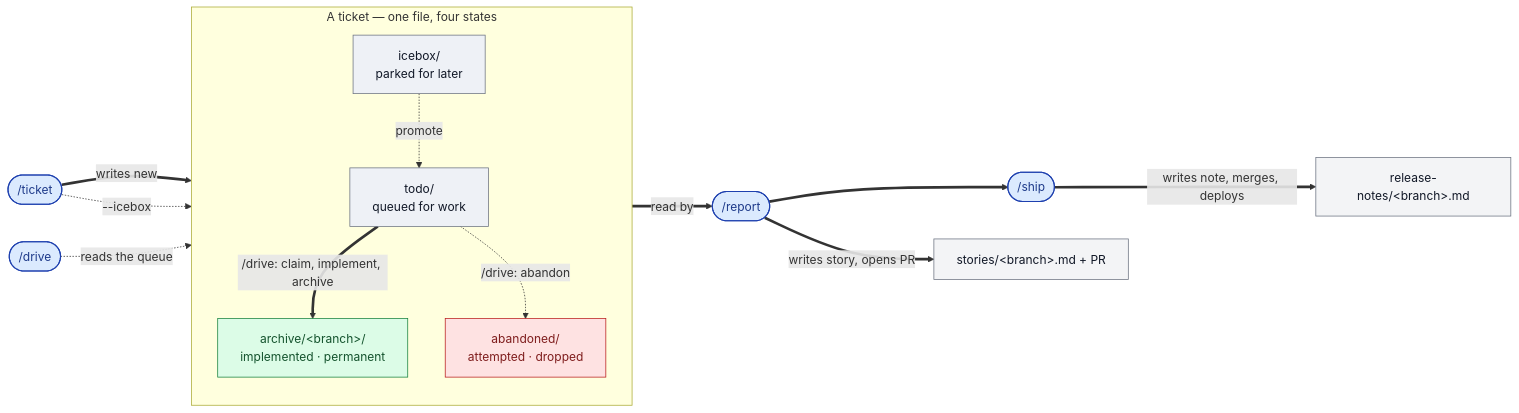
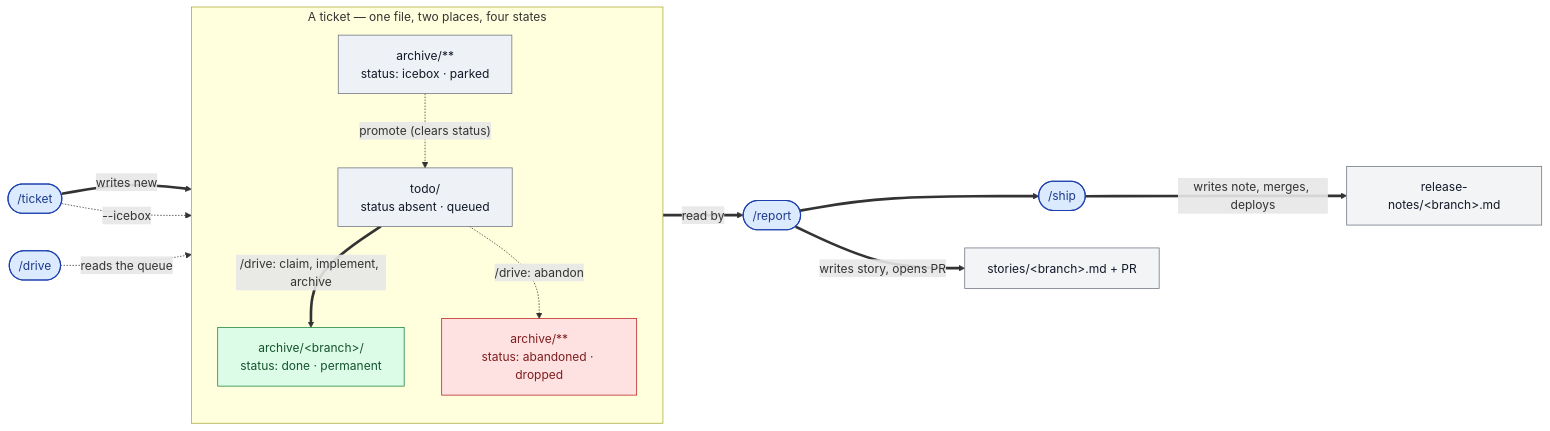
Before and after one commit to qmu/workaholic: the first of 5 diagrams in README.md, drawn with Mermaid. The commit also changed other lines of this file and 173 other files, not shown here.

First line of the commit message:
Merge remote-tracking branch 'origin/main' into work-20260813-113709

````diff
--- a/README.md
+++ b/README.md
@@ -165,40 +167,40 @@
 ```mermaid
 flowchart LR
   ticket(["/ticket"])
   drive(["/drive"])
   report(["/report"])
   ship(["/ship"])
 
-  subgraph TICKET["A ticket — one file, four states"]
+  subgraph TICKET["A ticket — one file, two places, four states"]
     direction TB
-    todo["todo/<br/>queued for work"]
-    icebox["icebox/<br/>parked for later"]
-    archived["archive/&lt;branch&gt;/<br/>implemented · permanent"]
-    abandoned["abandoned/<br/>attempted · dropped"]
-    icebox -.->|promote| todo
+    todo["todo/<br/>status absent · queued"]
+    icebox["archive/**<br/>status: icebox · parked"]
+    archived["archive/&lt;branch&gt;/<br/>status: done · permanent"]
+    abandoned["archive/**<br/>status: abandoned · dropped"]
+    icebox -.->|"promote (clears status)"| todo
     todo ==>|"/drive: claim, implement, archive"| archived
     todo -.->|"/drive: abandon"| abandoned
   end
 
   story["stories/&lt;branch&gt;.md + PR"]
   relnote["release-notes/&lt;branch&gt;.md"]
 
   ticket ==>|writes new| todo
   ticket -.->|"--icebox"| icebox
   drive -.->|reads the queue| todo
   archived ==>|read by| report
   report ==>|writes story, opens PR| story
   report ==> ship
   ship ==>|writes note, merges, deploys| relnote
 
   classDef cmd fill:#dbeafe,stroke:#1e40af,stroke-width:1.5px,color:#1e3a8a;
   classDef state fill:#eef1f6,stroke:#6b7280,color:#111827;
   classDef done fill:#dcfce7,stroke:#15803d,color:#14532d;
   classDef drop fill:#fee2e2,stroke:#b91c1c,color:#7f1d1d;
   classDef art fill:#f3f4f6,stroke:#6b7280,color:#111827;
   class ticket,drive,report,ship cmd;
   class todo,icebox state;
   class archived done;
   class abandoned drop;
   class story,relnote art;
 ```
````
